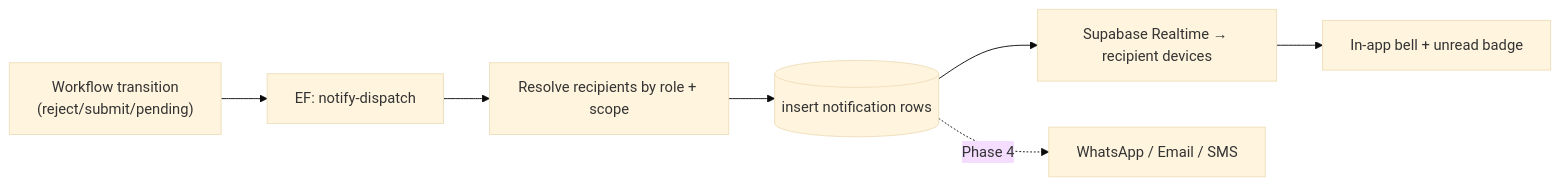
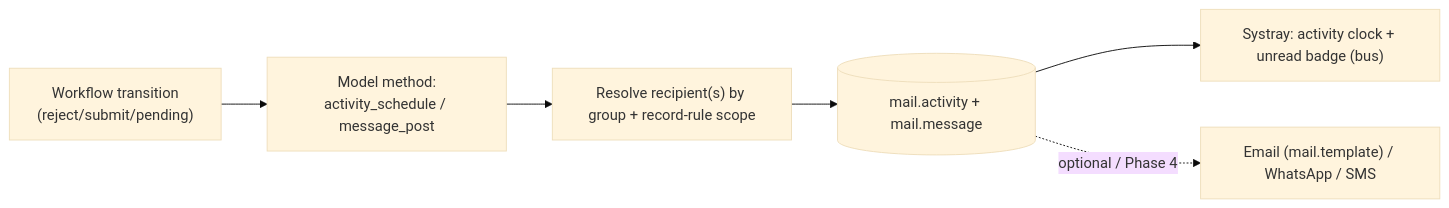
One commit to arunideen/branch-cash-management-system-odoo changed diagram 13 of 20 in docs/Workflows.md. Above: the diagram before and after it, drawn with Mermaid (base theme). The commit also changed other lines of this file and 53 other files, not shown here.

````diff
--- a/docs/Workflows.md
+++ b/docs/Workflows.md
@@ -288,9 +288,8 @@
 ```mermaid
 flowchart LR
-    T["Workflow transition<br/>(reject/submit/pending)"] --> EF["EF: notify-dispatch"]
-    EF --> RES["Resolve recipients by role + scope"]
-    RES --> INS[("insert notification rows")]
-    INS --> RT["Supabase Realtime → recipient devices"]
-    RT --> UI["In-app bell + unread badge"]
-    INS -.->|Phase 4| EXT["WhatsApp / Email / SMS"]
+    T["Workflow transition<br/>(reject/submit/pending)"] --> M["Model method:<br/>activity_schedule / message_post"]
+    M --> RES["Resolve recipient(s) by group + record-rule scope"]
+    RES --> ACT[("mail.activity + mail.message")]
+    ACT --> UI["Systray: activity clock + unread badge (bus)"]
+    ACT -.->|optional / Phase 4| EXT["Email (mail.template) / WhatsApp / SMS"]
 ```
````
